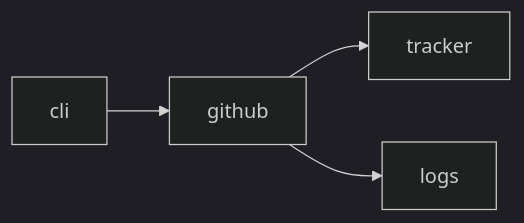
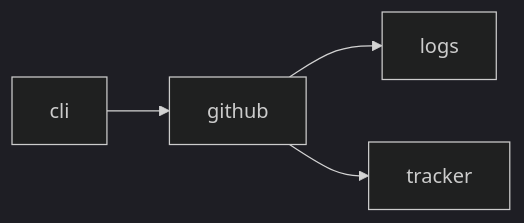
Before and after one commit to plaplanche/ariane: the diagram in docs/architecture/modules/github.md, drawn with Mermaid (dark theme). The commit also changed other lines of this file and 33 other files, not shown here.

Commit message:
#120: Generate the module dependency graphs of the architecture docs from the code (C25)

````diff
--- a/docs/architecture/modules/github.md
+++ b/docs/architecture/modules/github.md
@@ -16,6 +17,6 @@
 ```mermaid
 flowchart LR
+  cli --> github
+  github --> logs
   github --> tracker
-  github --> logs
-  cli --> github
 ```
````
